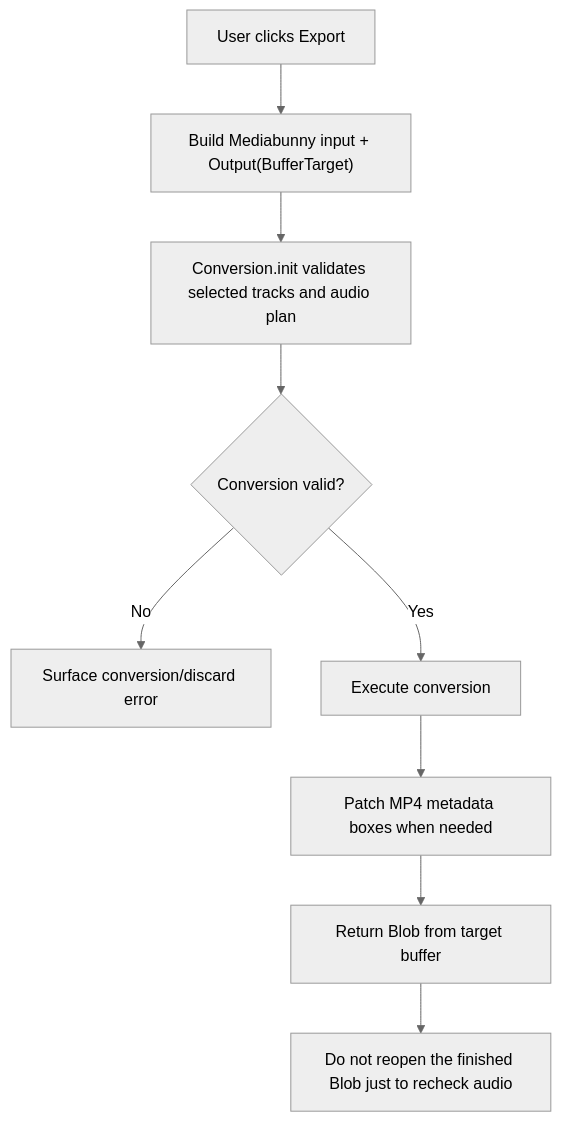
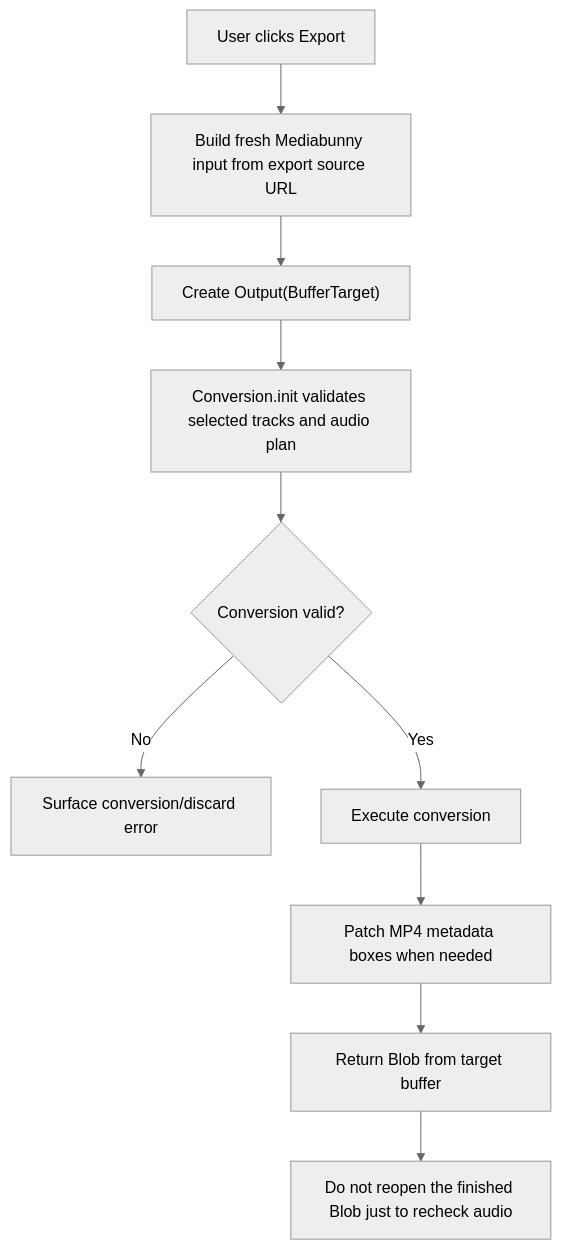
Before and after one commit to TechSquidTV/Cliparr: the tenth of 11 diagrams in DIAGRAMS.md, drawn with Mermaid (neutral theme). The commit also changed other lines of this file, not shown here.

Commit message:
docs: update HLS playback diagrams

````diff
--- a/DIAGRAMS.md
+++ b/DIAGRAMS.md
@@ -144,11 +198,12 @@
 ```mermaid
 flowchart TD
-    A["User clicks Export"] --> B["Build Mediabunny input + Output(BufferTarget)"]
-    B --> C["Conversion.init validates selected tracks and audio plan"]
-    C --> D{"Conversion valid?"}
-    D -- "No" --> E["Surface conversion/discard error"]
-    D -- "Yes" --> F["Execute conversion"]
-    F --> G["Patch MP4 metadata boxes when needed"]
-    G --> H["Return Blob from target buffer"]
-    H --> I["Do not reopen the finished Blob just to recheck audio"]
+    A["User clicks Export"] --> B["Build fresh Mediabunny input from export source URL"]
+    B --> C["Create Output(BufferTarget)"]
+    C --> D["Conversion.init validates selected tracks and audio plan"]
+    D --> E{"Conversion valid?"}
+    E -- "No" --> F["Surface conversion/discard error"]
+    E -- "Yes" --> G["Execute conversion"]
+    G --> H["Patch MP4 metadata boxes when needed"]
+    H --> I["Return Blob from target buffer"]
+    I --> J["Do not reopen the finished Blob just to recheck audio"]
 ```
````
